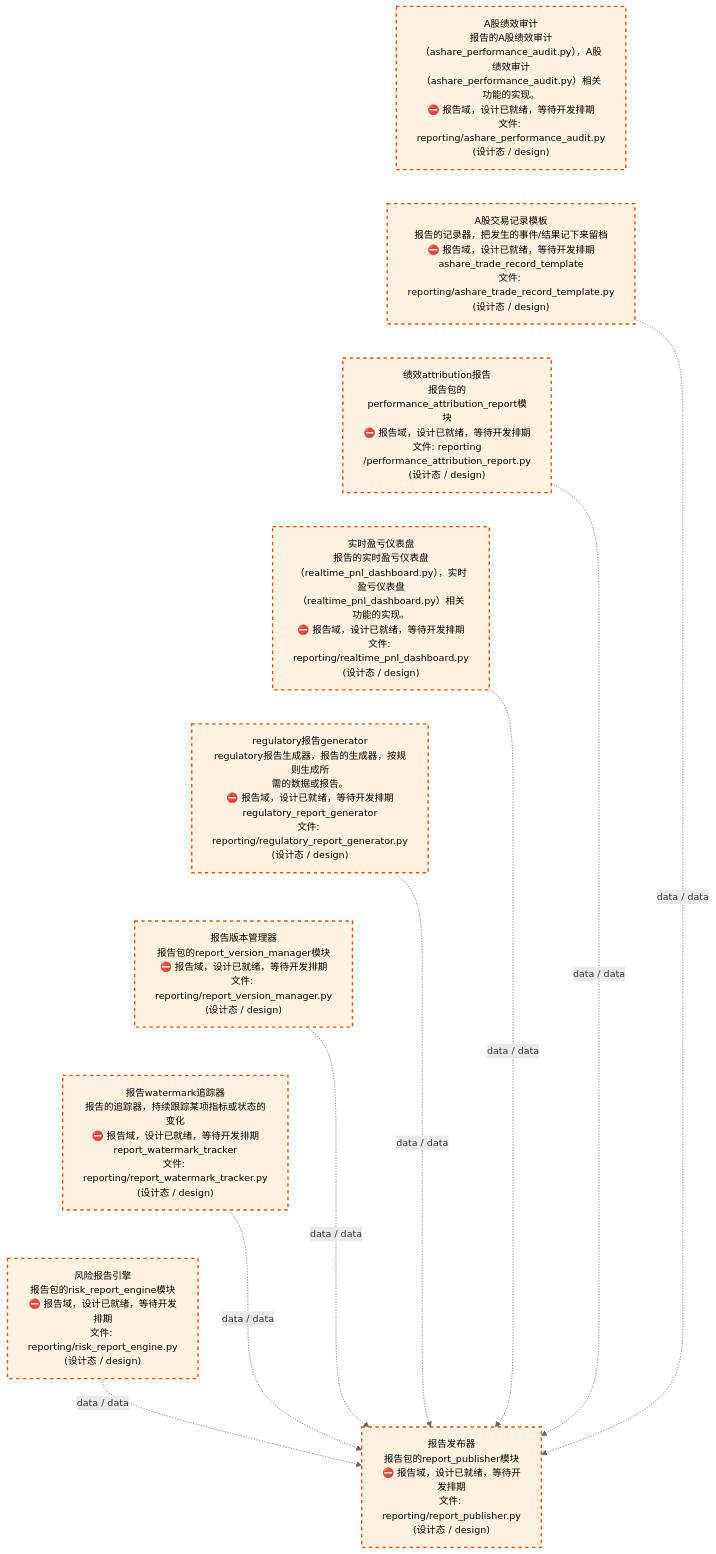
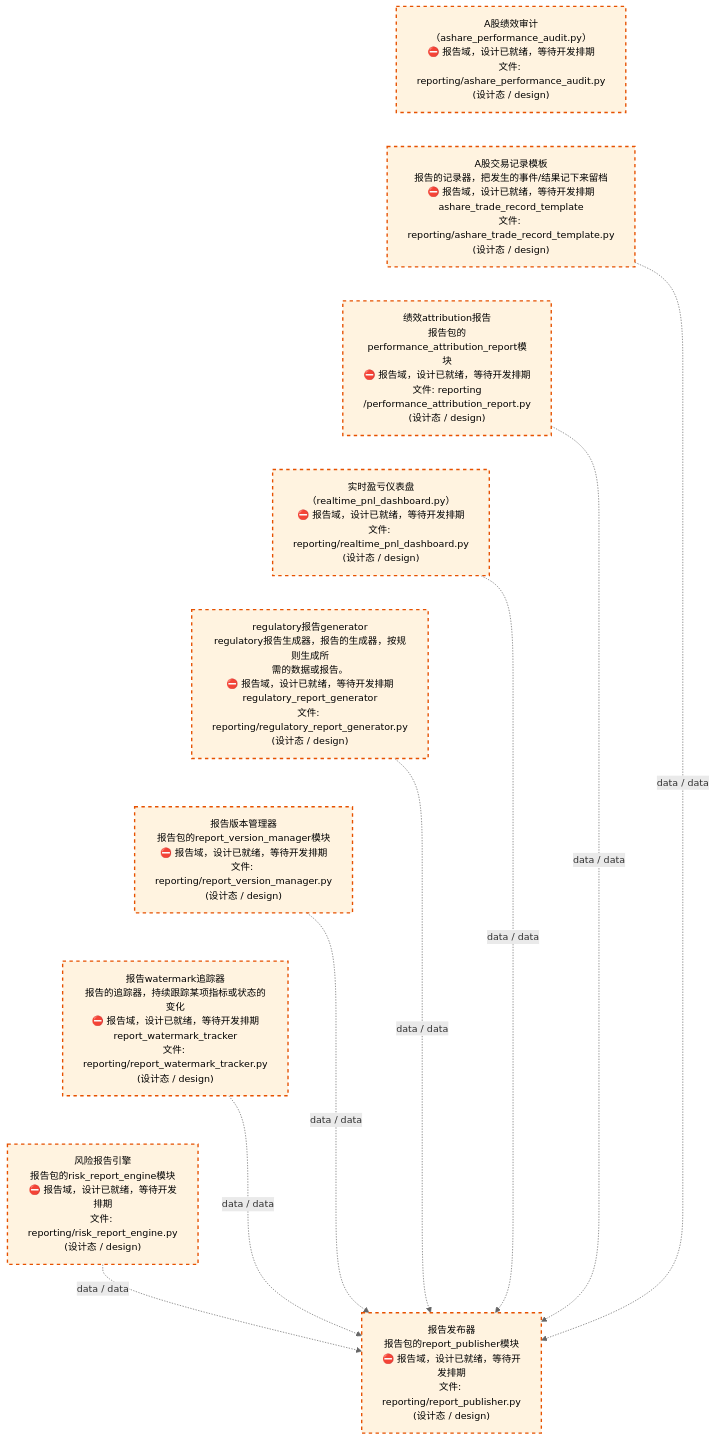
Before and after one commit to xuanFelixVan/ZephyrAlpha: the third of 4 diagrams in docs/02_enterprise_architecture/02_domain_architecture_docs/26_d_reporting.md, drawn with Mermaid. The commit also changed other lines of this file and 41 other files, not shown here.

````diff
--- a/docs/02_enterprise_architecture/02_domain_architecture_docs/26_d_reporting.md
+++ b/docs/02_enterprise_architecture/02_domain_architecture_docs/26_d_reporting.md
@@ -137,32 +137,32 @@
 ```mermaid
 %%{init: {'theme': 'base', 'themeVariables': {'primaryColor': '#eaeaea', 'primaryTextColor': '#333333', 'primaryBorderColor': '#666666', 'lineColor': '#666666', 'secondaryColor': '#eaeaea', 'tertiaryColor': '#eaeaea', 'fontSize': '14px'}}}%%
 flowchart TD
-    src_zephyr_reporting_ashare_performance_audit_py["A股绩效审计<br/>报告的A股绩效审计<br/>（ashare_performance_audit.py），A股绩效审计<br/>（ashare_performance_audit.py）相关功能的实现。<br/>⛔ 报告域，设计已就绪，等待开发排期<br/>文件: reporting/ashare_performance_audit.py<br/>(设计态 / design)"]
+    src_zephyr_reporting_ashare_performance_audit_py["A股绩效审计<br/>（ashare_performance_audit.py）<br/>⛔ 报告域，设计已就绪，等待开发排期<br/>文件: reporting/ashare_performance_audit.py<br/>(设计态 / design)"]
     src_zephyr_reporting_ashare_trade_record_template_py["A股交易记录模板<br/>报告的记录器，把发生的事件/结果记下来留档<br/>⛔ 报告域，设计已就绪，等待开发排期<br/>ashare_trade_record_template<br/>文件: reporting/ashare_trade_record_template.py<br/>(设计态 / design)"]
     src_zephyr_reporting_performance_attribution_report_py["绩效attribution报告<br/>报告包的performance_attribution_report模块<br/>⛔ 报告域，设计已就绪，等待开发排期<br/>文件: reporting<br/>/performance_attribution_report.py<br/>(设计态 / design)"]
-    src_zephyr_reporting_realtime_pnl_dashboard_py["实时盈亏仪表盘<br/>报告的实时盈亏仪表盘<br/>（realtime_pnl_dashboard.py），实时盈亏仪表盘<br/>（realtime_pnl_dashboard.py）相关功能的实现。<br/>⛔ 报告域，设计已就绪，等待开发排期<br/>文件: reporting/realtime_pnl_dashboard.py<br/>(设计态 / design)"]
+    src_zephyr_reporting_realtime_pnl_dashboard_py["实时盈亏仪表盘<br/>（realtime_pnl_dashboard.py）<br/>⛔ 报告域，设计已就绪，等待开发排期<br/>文件: reporting/realtime_pnl_dashboard.py<br/>(设计态 / design)"]
     src_zephyr_reporting_regulatory_report_generator_py["regulatory报告generator<br/>regulatory报告生成器，报告的生成器，按规则生成所<br/>需的数据或报告。<br/>⛔ 报告域，设计已就绪，等待开发排期<br/>regulatory_report_generator<br/>文件: reporting/regulatory_report_generator.py<br/>(设计态 / design)"]
     src_zephyr_reporting_report_version_manager_py["报告版本管理器<br/>报告包的report_version_manager模块<br/>⛔ 报告域，设计已就绪，等待开发排期<br/>文件: reporting/report_version_manager.py<br/>(设计态 / design)"]
     src_zephyr_reporting_report_watermark_tracker_py["报告watermark追踪器<br/>报告的追踪器，持续跟踪某项指标或状态的变化<br/>⛔ 报告域，设计已就绪，等待开发排期<br/>report_watermark_tracker<br/>文件: reporting/report_watermark_tracker.py<br/>(设计态 / design)"]
     src_zephyr_reporting_risk_report_engine_py["风险报告引擎<br/>报告包的risk_report_engine模块<br/>⛔ 报告域，设计已就绪，等待开发排期<br/>文件: reporting/risk_report_engine.py<br/>(设计态 / design)"]
     src_zephyr_reporting_ashare_performance_audit_py ~~~ src_zephyr_reporting_ashare_trade_record_template_py
     src_zephyr_reporting_ashare_trade_record_template_py ~~~ src_zephyr_reporting_performance_attribution_report_py
     src_zephyr_reporting_performance_attribution_report_py ~~~ src_zephyr_reporting_realtime_pnl_dashboard_py
     src_zephyr_reporting_realtime_pnl_dashboard_py ~~~ src_zephyr_reporting_regulatory_report_generator_py
     src_zephyr_reporting_regulatory_report_generator_py ~~~ src_zephyr_reporting_report_version_manager_py
     src_zephyr_reporting_report_version_manager_py ~~~ src_zephyr_reporting_report_watermark_tracker_py
     src_zephyr_reporting_report_watermark_tracker_py ~~~ src_zephyr_reporting_risk_report_engine_py
     src_zephyr_reporting_report_publisher_py["报告发布器<br/>报告包的report_publisher模块<br/>⛔ 报告域，设计已就绪，等待开发排期<br/>文件: reporting/report_publisher.py<br/>(设计态 / design)"]
     src_zephyr_reporting_ashare_trade_record_template_py -.->|data / data| src_zephyr_reporting_report_publisher_py
     src_zephyr_reporting_realtime_pnl_dashboard_py -.->|data / data| src_zephyr_reporting_report_publisher_py
     src_zephyr_reporting_regulatory_report_generator_py -.->|data / data| src_zephyr_reporting_report_publisher_py
     src_zephyr_reporting_risk_report_engine_py -.->|data / data| src_zephyr_reporting_report_publisher_py
     src_zephyr_reporting_report_version_manager_py -.->|data / data| src_zephyr_reporting_report_publisher_py
     src_zephyr_reporting_performance_attribution_report_py -.->|data / data| src_zephyr_reporting_report_publisher_py
     src_zephyr_reporting_report_watermark_tracker_py -.->|data / data| src_zephyr_reporting_report_publisher_py
     classDef production fill:#e1f5fe,stroke:#01579b,stroke-width:2px,color:#000
     classDef design fill:#fff3e0,stroke:#e65100,stroke-width:2px,color:#000,stroke-dasharray: 5 5
     classDef external_prod fill:#e8f4fd,stroke:#0277bd,stroke-width:1px,color:#000
     classDef external_design fill:#fff8e7,stroke:#ef6c00,stroke-width:1px,color:#000,stroke-dasharray: 5 5
     class src_zephyr_reporting_ashare_performance_audit_py,src_zephyr_reporting_ashare_trade_record_template_py,src_zephyr_reporting_performance_attribution_report_py,src_zephyr_reporting_realtime_pnl_dashboard_py,src_zephyr_reporting_regulatory_report_generator_py,src_zephyr_reporting_report_publisher_py,src_zephyr_reporting_report_version_manager_py,src_zephyr_reporting_report_watermark_tracker_py,src_zephyr_reporting_risk_report_engine_py design
 ```
````
